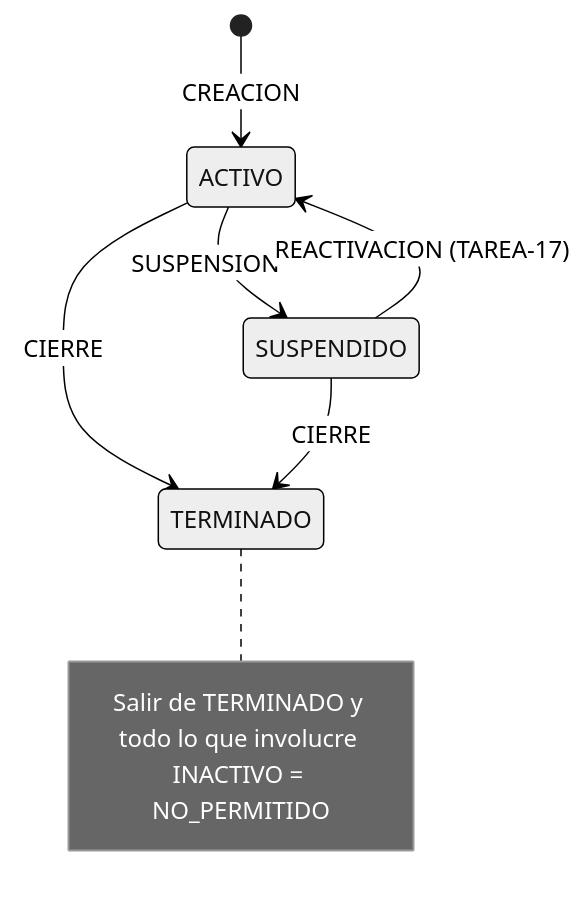
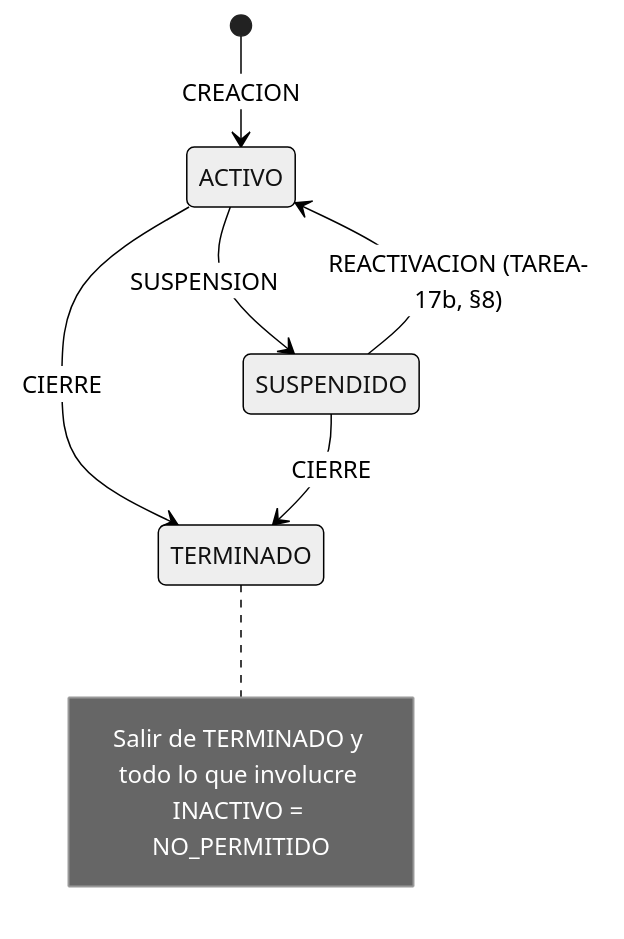
Before and after one commit to poguis/profesiograma: the diagram in docs/fases/FASE_5_Estados_Proyecto.md, drawn with Mermaid (neutral theme). The commit also changed other lines of this file and 32 other files, not shown here.

Commit message:
TAREA-17b: reactivacion backend (R1-R10, H9-H12, pendientes 22 y 23)

````diff
--- a/docs/fases/FASE_5_Estados_Proyecto.md
+++ b/docs/fases/FASE_5_Estados_Proyecto.md
@@ -12,9 +12,9 @@
 ```mermaid
 stateDiagram-v2
     [*] --> ACTIVO: CREACION
     ACTIVO --> SUSPENDIDO: SUSPENSION
     ACTIVO --> TERMINADO: CIERRE
     SUSPENDIDO --> TERMINADO: CIERRE
-    SUSPENDIDO --> ACTIVO: REACTIVACION (TAREA-17)
+    SUSPENDIDO --> ACTIVO: REACTIVACION (TAREA-17b, §8)
     note right of TERMINADO: Salir de TERMINADO y todo lo que involucre INACTIVO = NO_PERMITIDO
 ```
````
